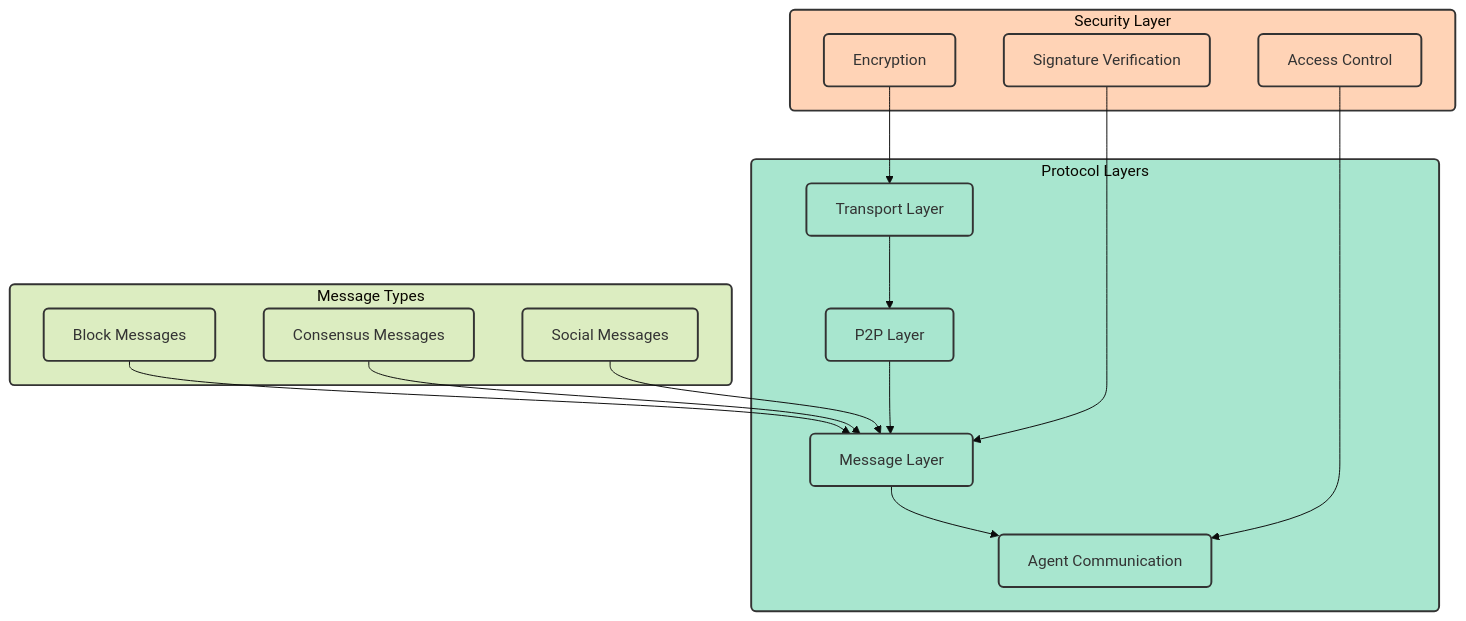
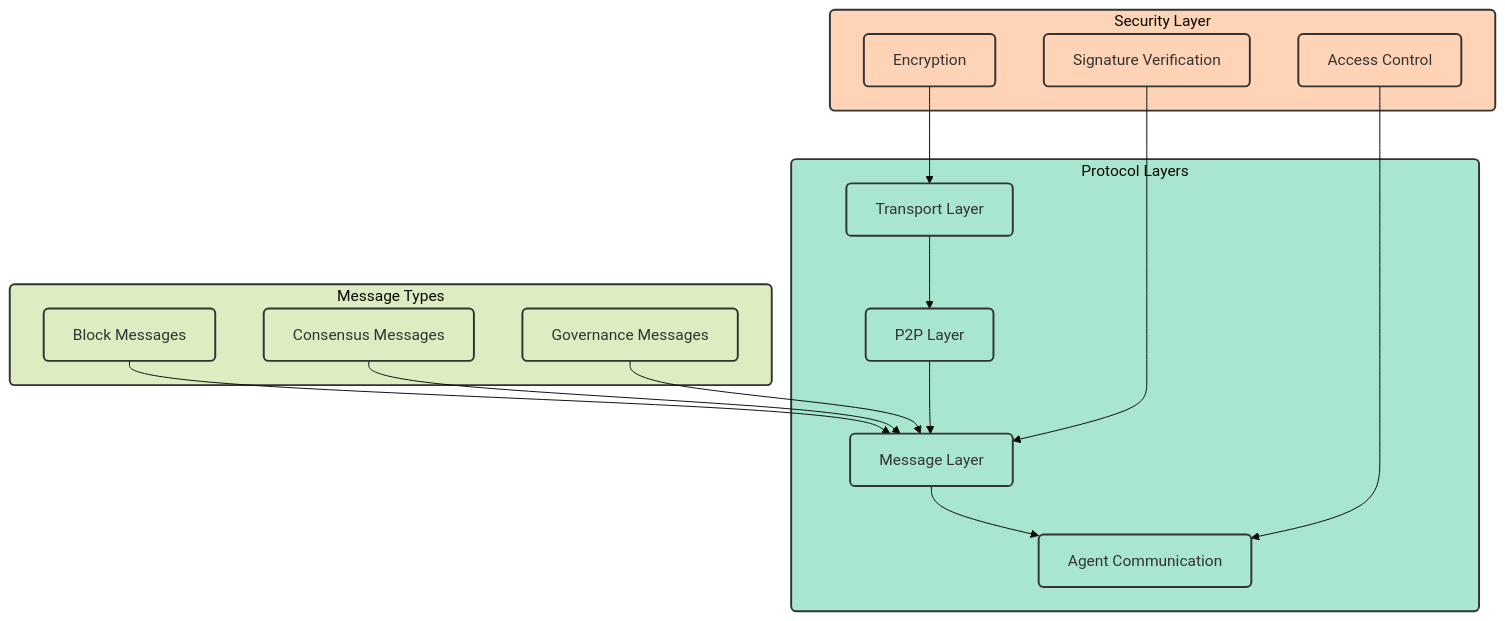
One commit to SumeetChougule/chaoschain changed the fifth of 9 diagrams in docs/introduction/architecture.md. Above: the diagram before and after it, drawn with Mermaid. The commit also changed other lines of this file and 6 other files, not shown here.

````diff
--- a/docs/introduction/architecture.md
+++ b/docs/introduction/architecture.md
@@ -179,41 +179,41 @@
 ```mermaid
 %%{init: {'theme': 'base', 'themeVariables': { 'fontSize': '16px', 'fontFamily': 'arial' }}}%%
 flowchart TB
     subgraph Protocol["Protocol Layers"]
         T["Transport Layer"]
         P["P2P Layer"]
         M["Message Layer"]
         A["Agent Communication"]
     end
     
     subgraph Messages["Message Types"]
         B["Block Messages"]
         C["Consensus Messages"]
-        S["Social Messages"]
+        G["Governance Messages"]
     end
     
     subgraph Security["Security Layer"]
         E["Encryption"]
         SI["Signature Verification"]
         AC["Access Control"]
     end
     
     T --> P
     P --> M
     M --> A
     B --> M
     C --> M
-    S --> M
+    G --> M
     E --> T
     SI --> M
     AC --> A
     
     classDef default fill:#f8f9fa,stroke:#333,stroke-width:2px,rx:5,ry:5
     classDef protocol fill:#a8e6cf,stroke:#333,stroke-width:2px,rx:5,ry:5
     classDef messages fill:#dcedc1,stroke:#333,stroke-width:2px,rx:5,ry:5
     classDef security fill:#ffd3b6,stroke:#333,stroke-width:2px,rx:5,ry:5
     
     class T,P,M,A,Protocol protocol
-    class B,C,S,Messages messages
+    class B,C,G,Messages messages
     class E,SI,AC,Security security
 ```
````
